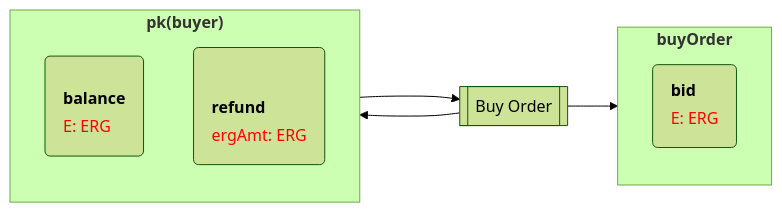
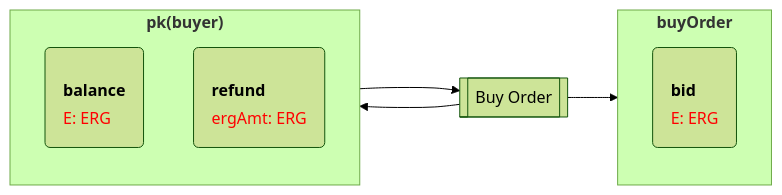
The first of 3 diagrams in ergoscript/example-contracts/dex-flowcard.md (RalfWeiss/ergo-course-summary), drawn with Mermaid (forest theme) before and after one commit. The commit also changed other lines of this file, not shown here.

Commit message:
margin-top samples

````diff
--- a/ergoscript/example-contracts/dex-flowcard.md
+++ b/ergoscript/example-contracts/dex-flowcard.md
@@ -10,43 +10,43 @@
 ```mermaid
 flowchart LR
 
   %% Guard pkBuyer
   subgraph pkBuyer["<b>pk(buyer)</b>"]
     direction TB
 
-    %% the margin-top reduction is only necessary for VSCode not for Github
+    %% Different margin-top corrections are necessary for VSCode and Github
     %% balance("<table style='text-align:left; margin-bottom: 0;' > 
     balance("<table style='text-align:left; margin-top: -7ex; margin-bottom: 0;' >     
       <tr><th '><b>balance</b></th></tr> 
       <tr><td style='color:red'>E: ERG</td></tr> 
       </table>  ")
 
     %% adjust margin-top: lines = 4; margin-top -9ex --> (lines-1) * 3 ex
     %% refund("<table style='text-align:left; margin-bottom: 0;' > 
-    refund("<table style='text-align:left; margin-top: -5ex; margin-bottom: 0;' >     
+    refund("<table style='text-align:left; margin-top: -7ex; margin-bottom: 0;' >     
       <tr><th '><b>refund</b></th></tr> 
       <tr><td style='color:red'>ergAmt: ERG</td></tr> 
       </table>  ")
 
   end
 
   TBo[["Buy Order"]]
 
   %% Guard buyOrder
   subgraph buyOrder["<b>buyOrder</b>"]
     direction TB
 
     %% adjust margin-top: lines = 4; margin-top -9ex --> (lines-1) * 3 ex
-    bid("<table style='text-align:left; margin-top: -9ex; margin-bottom: 0;' > 
+    bid("<table style='text-align:left; margin-top: -7ex; margin-bottom: 0;' > 
       <tr><th '><b>bid</b></th></tr> 
       <tr><td style='color:red'>E: ERG</td></tr> 
       </table>  ")
 
   end
 
 
   balance ---> TBo
   TBo --> bid
   TBo --> refund
 
 ```
````
